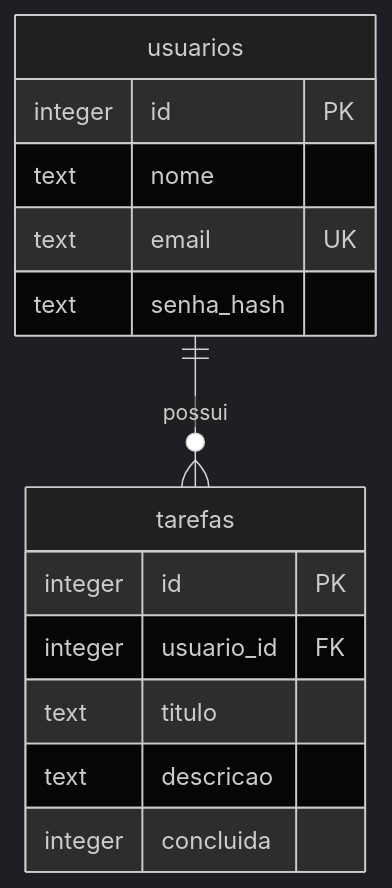
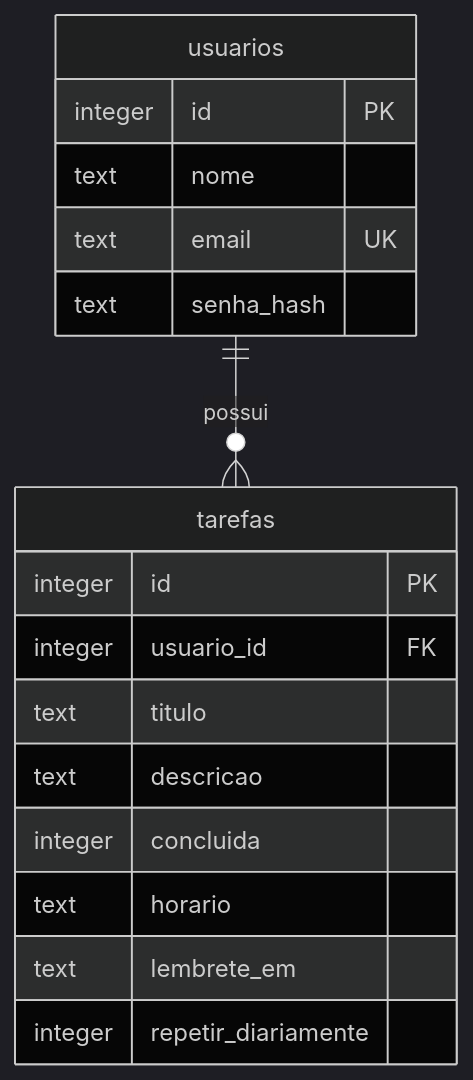
The diagram in README.md (Guilhermeqz/TaskEasy), drawn with Mermaid (dark theme) before and after one commit. The commit also changed other lines of this file and 33 other files, not shown here.

````diff
--- a/README.md
+++ b/README.md
@@ -205,17 +237,20 @@
 ```mermaid
 erDiagram
     usuarios ||--o{ tarefas : possui
     usuarios {
         integer id PK
         text nome
         text email UK
         text senha_hash
     }
     tarefas {
         integer id PK
         integer usuario_id FK
         text titulo
         text descricao
         integer concluida
+        text horario
+        text lembrete_em
+        integer repetir_diariamente
     }
 ```
````
